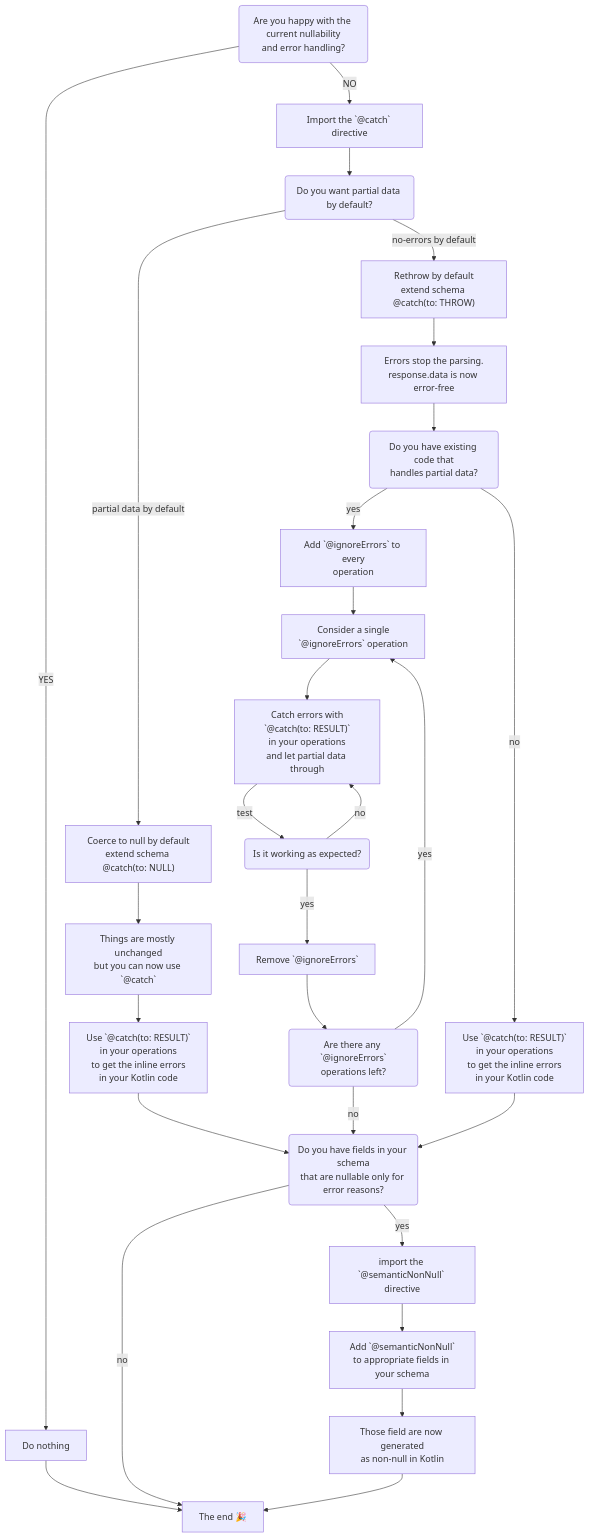
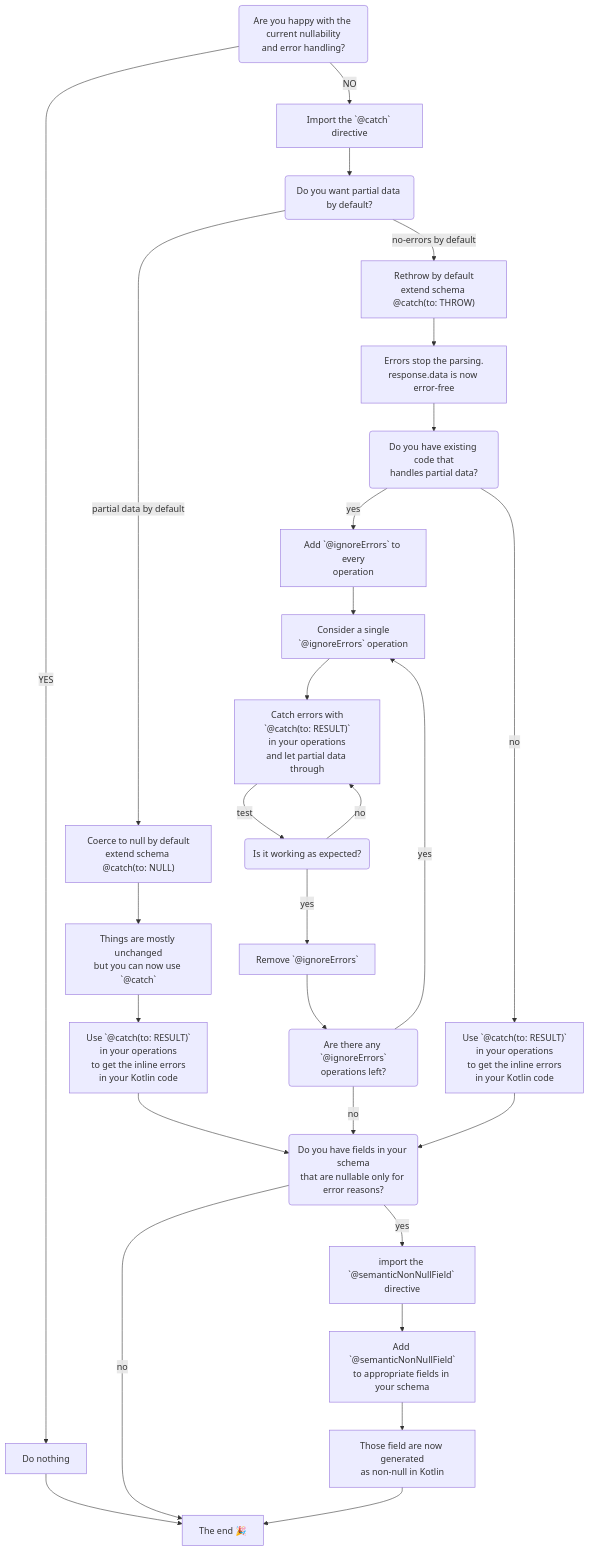
One commit to DigitalMarket100/apollo-kotlin changed the diagram in docs/source/advanced/nullability.mdx. Above: the diagram before and after it, drawn with Mermaid. The commit also changed other lines of this file and 6 other files, not shown here.

````diff
--- a/docs/source/advanced/nullability.mdx
+++ b/docs/source/advanced/nullability.mdx
@@ -316,30 +316,30 @@
 ```mermaid
 flowchart TD
     A("Are you happy with the current nullability\nand error handling?") --> |YES| B["Do nothing"]
     B --> V
     A --> |NO| D["Import the `@catch` directive"]
     D --> E("Do you want partial data by default?")
     E --> |partial data by default| F["Coerce to null by default\nextend schema @catch(to: NULL)"]
     F --> X["Things are mostly unchanged\nbut you can now use `@catch`"]
     X --> J["Use `@catch(to: RESULT)`\nin your operations\nto get the inline errors\nin your Kotlin code"]
     J --> H("Do you have fields in your schema\nthat are nullable only for error reasons?")
     H --> |no|V
-    H --> |yes|I["import the `@semanticNonNull` directive"]
-    I --> K["Add `@semanticNonNull`\nto appropriate fields in your schema"]
+    H --> |yes|I["import the `@semanticNonNullField` directive"]
+    I --> K["Add `@semanticNonNullField`\nto appropriate fields in your schema"]
     K --> L["Those field are now generated\nas non-null in Kotlin"]
     L --> V["The end 🎉"]
     E --> |no-errors by default| P["Rethrow by default\nextend schema @catch(to: THROW)"]
     P --> W["Errors stop the parsing.\nresponse.data is now error-free"]
     W --> G("Do you have existing code that\nhandles partial data?")
     M --> R["Consider a single\n`@ignoreErrors` operation"]
     R --> O["Catch errors with\n`@catch(to: RESULT)`\nin your operations\nand let partial data through"]
     O --> |test|Q("Is it working as expected?")
     Q --> |yes|S["Remove `@ignoreErrors`"]
     S --> T("Are there any `@ignoreErrors`\noperations left?")
     T --> |yes|R
     T --> |no|H
     Q --> |no|O
     G --> |yes| M["Add `@ignoreErrors` to every\noperation"]
     G --> |no|N["Use `@catch(to: RESULT)`\nin your operations\nto get the inline errors\nin your Kotlin code"]
     N --> H
 ```
````
